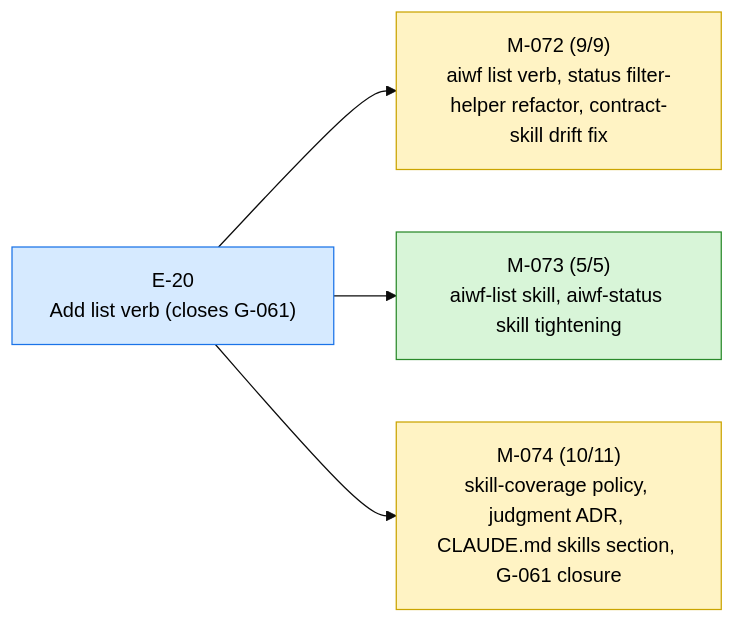
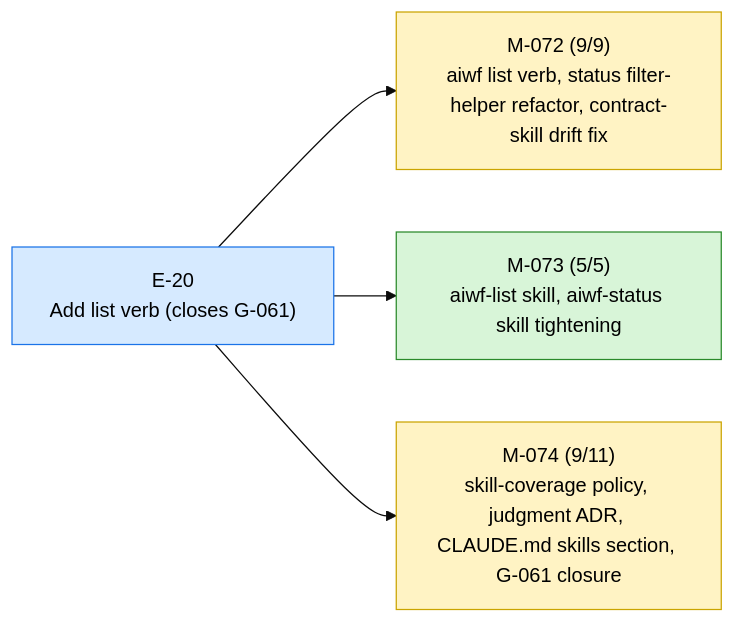
Before and after one commit to 23min/aiwf: the first of 2 diagrams in STATUS.md, drawn with Mermaid (base theme). The commit also changed other lines of this file and 1 other file, not shown here.

````diff
--- a/STATUS.md
+++ b/STATUS.md
@@ -13,16 +13,16 @@
 ```mermaid
 flowchart LR
   E_20["E-20<br/>Add list verb (closes G-061)"]:::epic_active
   M_072["M-072 (9/9)<br/>aiwf list verb, status filter-helper refactor, contract-skill drift fix"]:::ms_in_progress
   E_20 --> M_072
   M_073["M-073 (5/5)<br/>aiwf-list skill, aiwf-status skill tightening"]:::ms_done
   E_20 --> M_073
-  M_074["M-074 (10/11)<br/>skill-coverage policy, judgment ADR, CLAUDE.md skills section, G-061 closure"]:::ms_in_progress
+  M_074["M-074 (9/11)<br/>skill-coverage policy, judgment ADR, CLAUDE.md skills section, G-061 closure"]:::ms_in_progress
   E_20 --> M_074
   classDef epic_active fill:#d6eaff,stroke:#1a73e8,color:#000
   classDef epic_proposed fill:#f4f4f4,stroke:#888,color:#000
   classDef ms_done fill:#d8f5d8,stroke:#2a8a2a,color:#000
   classDef ms_in_progress fill:#fff3c4,stroke:#caa400,color:#000
   classDef ms_draft fill:#f4f4f4,stroke:#888,color:#000
   classDef ms_cancelled fill:#fbeaea,stroke:#c33,color:#000
 ```
````
